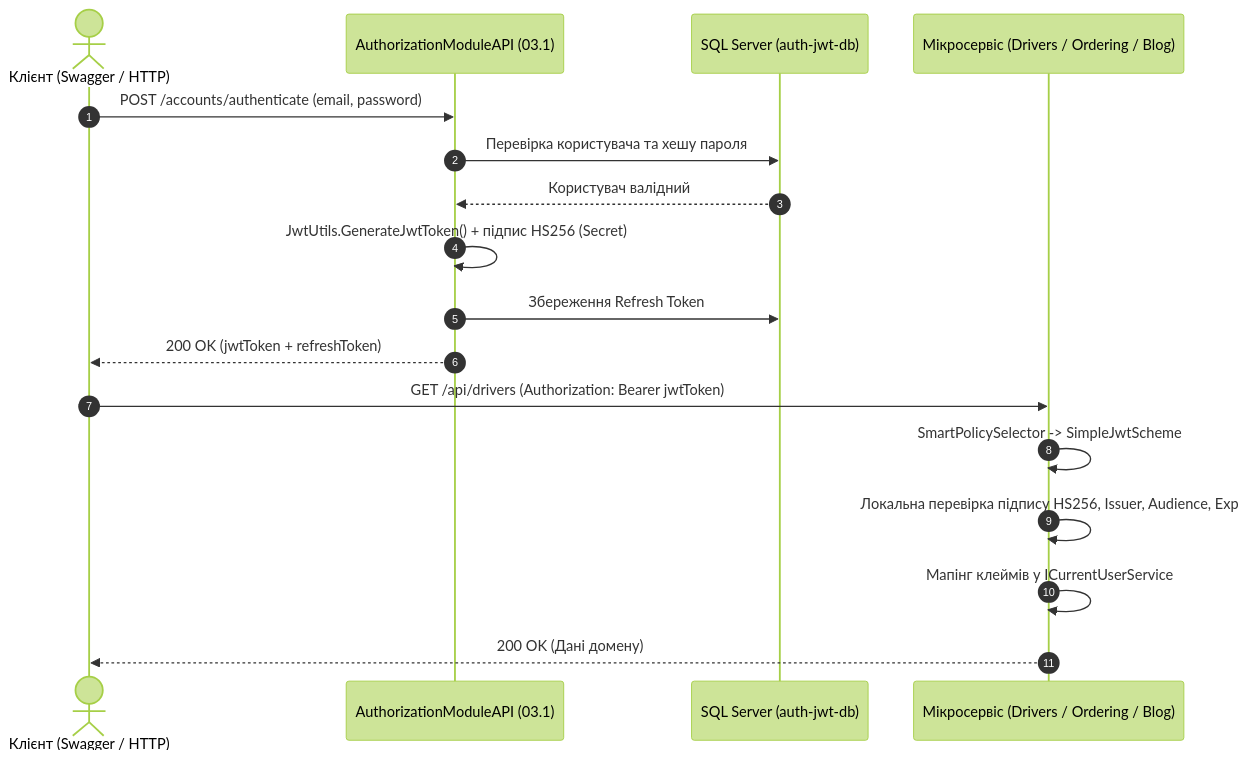
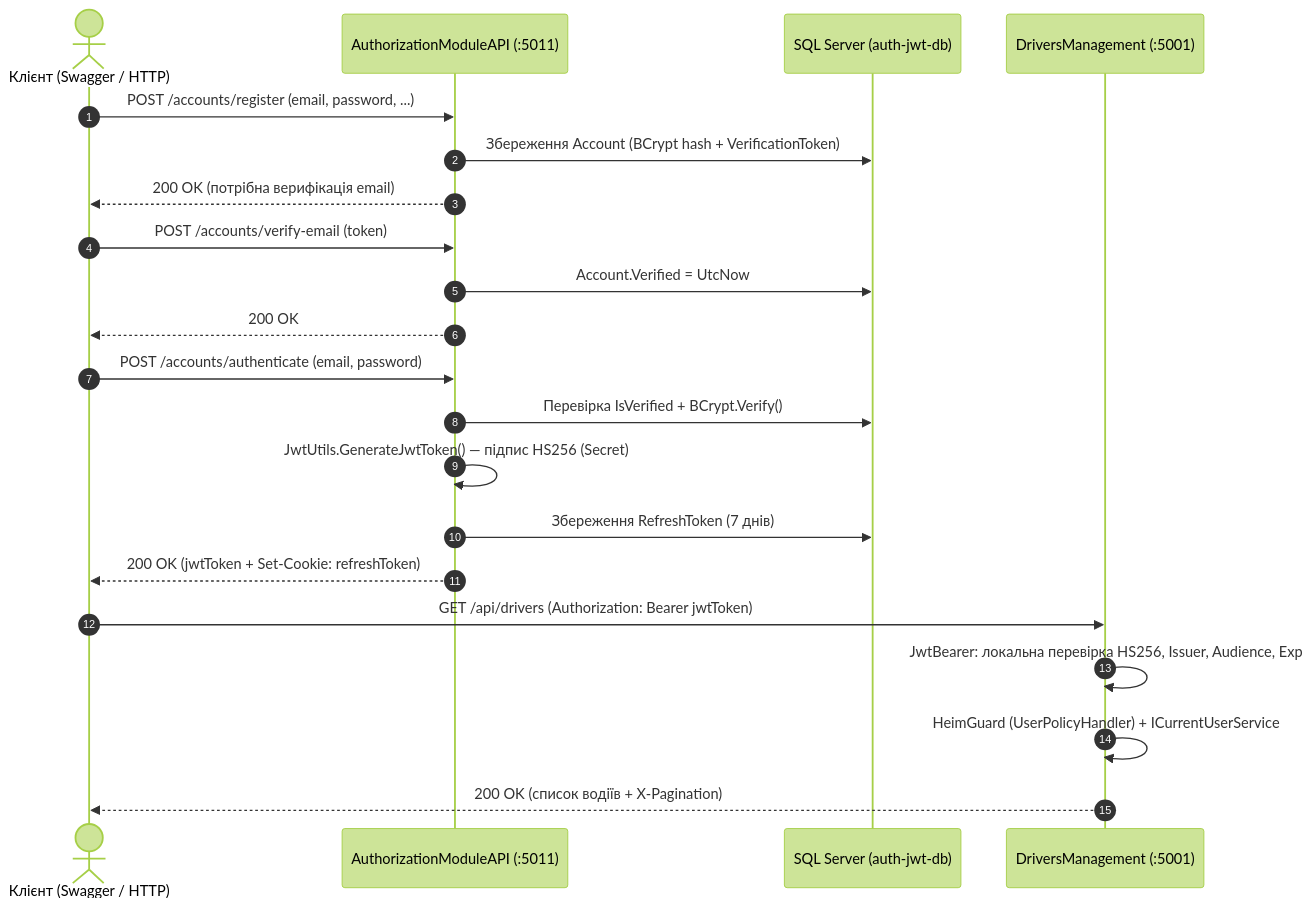
The diagram in 02-Microservices-Craftsman/02-03-Identity-Security-Documentation/03.1_Simple_JWT_AuthorizationModuleAPI.md (MrTomkaYurii/Demo-AspNet-CargoDeliveryService), drawn with Mermaid (forest theme) before and after one commit. The commit also changed other lines of this file and 26 other files, not shown here.

Commit message:
Improve 03.1-03.3 auth guides, Duende UI/comments, BlogManagement auth, and KeycloakPulumiAuth

````diff
--- a/02-Microservices-Craftsman/02-03-Identity-Security-Documentation/03.1_Simple_JWT_AuthorizationModuleAPI.md
+++ b/02-Microservices-Craftsman/02-03-Identity-Security-Documentation/03.1_Simple_JWT_AuthorizationModuleAPI.md
@@ -32,21 +39,27 @@
 ```mermaid
 sequenceDiagram
     autonumber
     actor Client as Клієнт (Swagger / HTTP)
-    participant Auth as AuthorizationModuleAPI (03.1)
+    participant Auth as AuthorizationModuleAPI (:5011)
     participant DB as SQL Server (auth-jwt-db)
-    participant API as Мікросервіс (Drivers / Ordering / Blog)
+    participant API as DriversManagement (:5001)
+
+    Client->>Auth: POST /accounts/register (email, password, ...)
+    Auth->>DB: Збереження Account (BCrypt hash + VerificationToken)
+    Auth-->>Client: 200 OK (потрібна верифікація email)
+
+    Client->>Auth: POST /accounts/verify-email (token)
+    Auth->>DB: Account.Verified = UtcNow
+    Auth-->>Client: 200 OK
 
     Client->>Auth: POST /accounts/authenticate (email, password)
-    Auth->>DB: Перевірка користувача та хешу пароля
-    DB-->>Auth: Користувач валідний
-    Auth->>Auth: JwtUtils.GenerateJwtToken() + підпис HS256 (Secret)
-    Auth->>DB: Збереження Refresh Token
-    Auth-->>Client: 200 OK (jwtToken + refreshToken)
+    Auth->>DB: Перевірка IsVerified + BCrypt.Verify()
+    Auth->>Auth: JwtUtils.GenerateJwtToken() — підпис HS256 (Secret)
+    Auth->>DB: Збереження RefreshToken (7 днів)
+    Auth-->>Client: 200 OK (jwtToken + Set-Cookie: refreshToken)
 
     Client->>API: GET /api/drivers (Authorization: Bearer jwtToken)
-    API->>API: SmartPolicySelector -> SimpleJwtScheme
-    API->>API: Локальна перевірка підпису HS256, Issuer, Audience, Exp
-    API->>API: Мапінг клеймів у ICurrentUserService
-    API-->>Client: 200 OK (Дані домену)
+    API->>API: JwtBearer: локальна перевірка HS256, Issuer, Audience, Exp
+    API->>API: HeimGuard (UserPolicyHandler) + ICurrentUserService
+    API-->>Client: 200 OK (список водіїв + X-Pagination)
 ```
````
